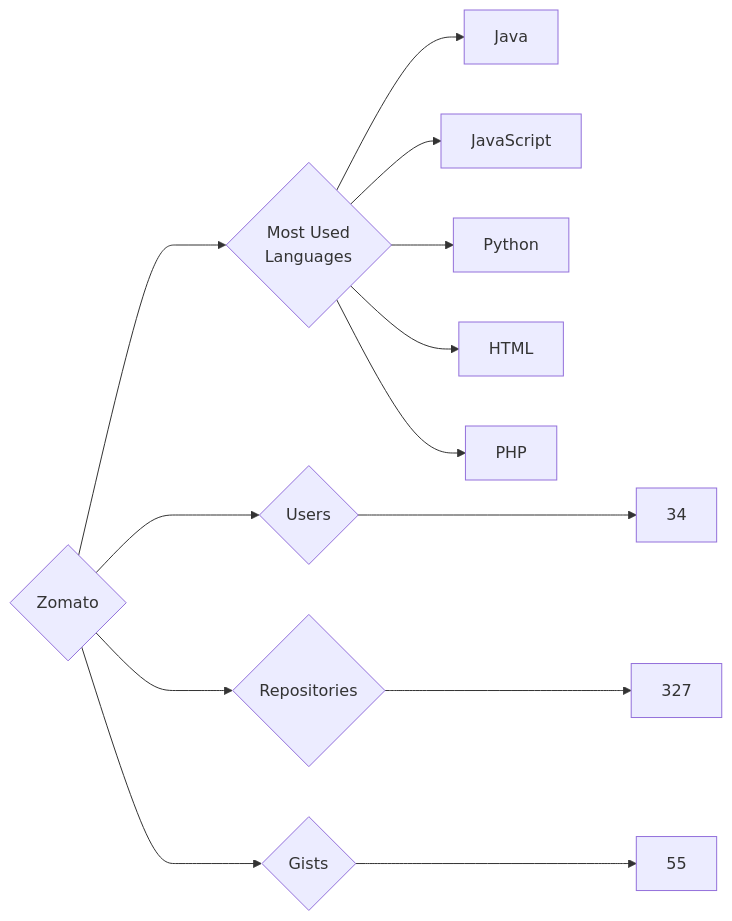
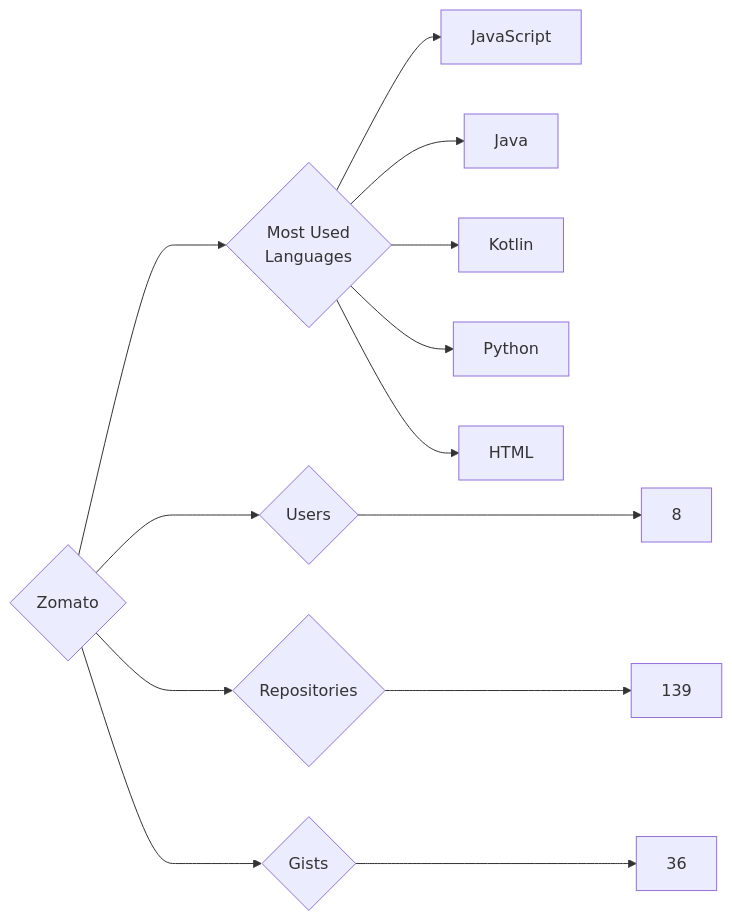
Before and after one commit to trickest/insiders: the diagram in targets/Zomato/README.md, drawn with Mermaid. The commit also changed 796 other files, not shown here.

````diff
--- a/targets/Zomato/README.md
+++ b/targets/Zomato/README.md
@@ -3,13 +3,13 @@
 ```mermaid
 graph LR
 COMPANY_NAME{Zomato}
-COMPANY_NAME ---> U{Users} ---> UN[34]
-COMPANY_NAME ---> R{Repositories} ---> RN[327]
-COMPANY_NAME ---> G{Gists} ---> GN[55]
+COMPANY_NAME ---> U{Users} ---> UN[8]
+COMPANY_NAME ---> R{Repositories} ---> RN[139]
+COMPANY_NAME ---> G{Gists} ---> GN[36]
 COMPANY_NAME ---> ML{Most Used<br>Languages}
+ML --> JavaScript[JavaScript]
 ML --> Java[Java]
-ML --> JavaScript[JavaScript]
+ML --> Kotlin[Kotlin]
 ML --> Python[Python]
 ML --> HTML[HTML]
-ML --> PHP[PHP]
 ```
````
